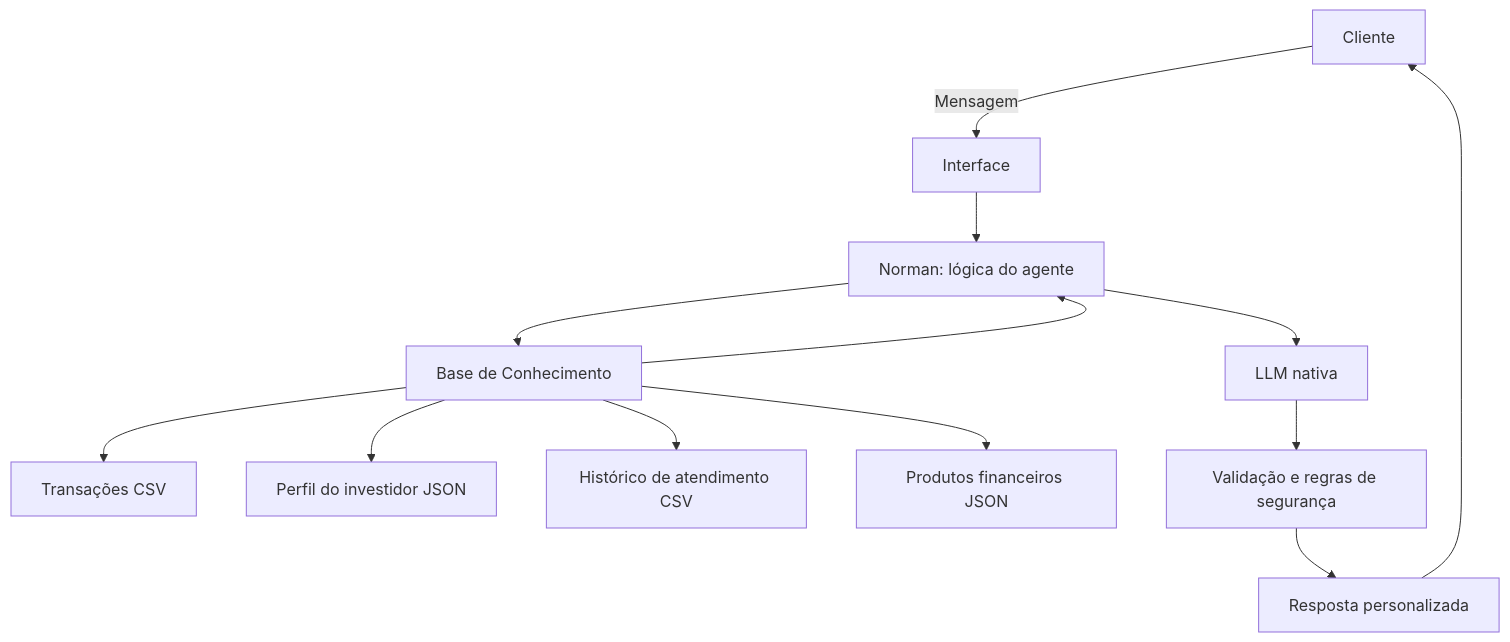
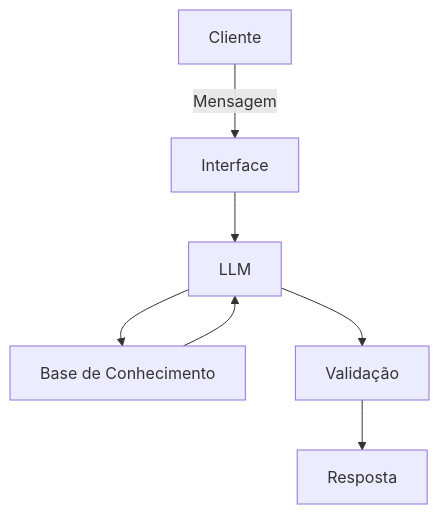
Before and after one commit to juannxyz/dio-lab-agente-norman: the diagram in docs/01-documentacao-agente.md, drawn with Mermaid.

Commit message:
fix: arrumando diagrama do documento 01

````diff
--- a/docs/01-documentacao-agente.md
+++ b/docs/01-documentacao-agente.md
@@ -48,15 +48,9 @@
 ```mermaid
 flowchart TD
     A[Cliente] -->|Mensagem| B[Interface]
-    B --> C[Norman: lógica do agente]
+    B --> C[LLM]
     C --> D[Base de Conhecimento]
-    D --> D1[Transações CSV]
-    D --> D2[Perfil do investidor JSON]
-    D --> D3[Histórico de atendimento CSV]
-    D --> D4[Produtos financeiros JSON]
     D --> C
-    C --> E[LLM nativa]
-    E --> F[Validação e regras de segurança]
-    F --> G[Resposta personalizada]
-    G --> A
+    C --> E[Validação]
+    E --> F[Resposta]
 ```
````
